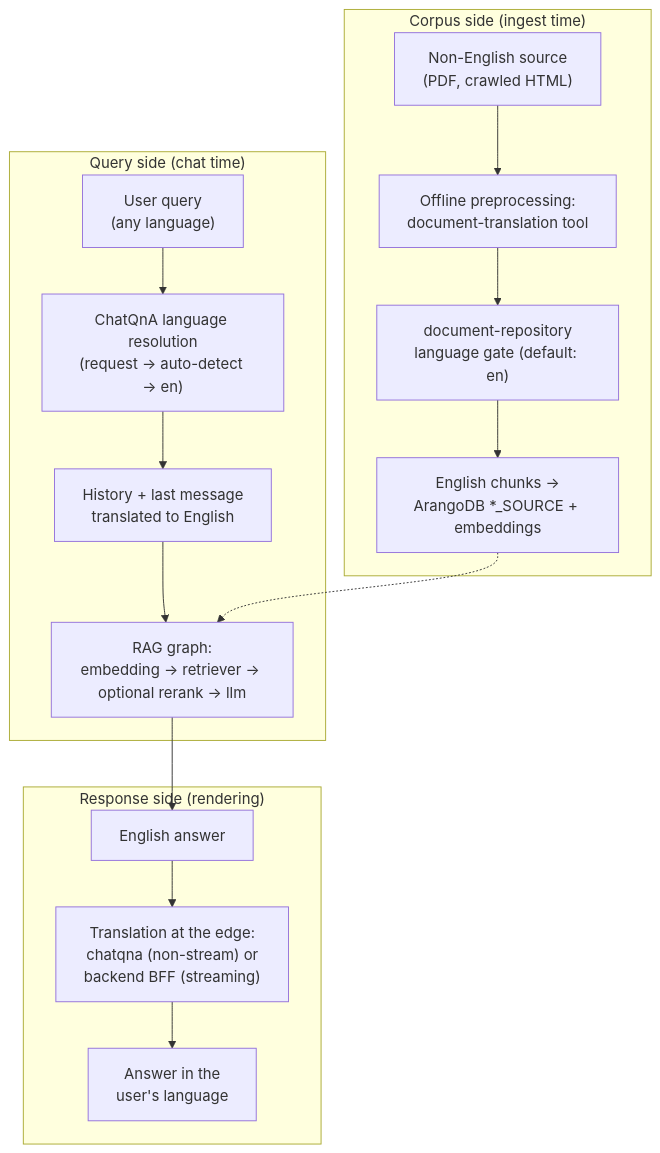
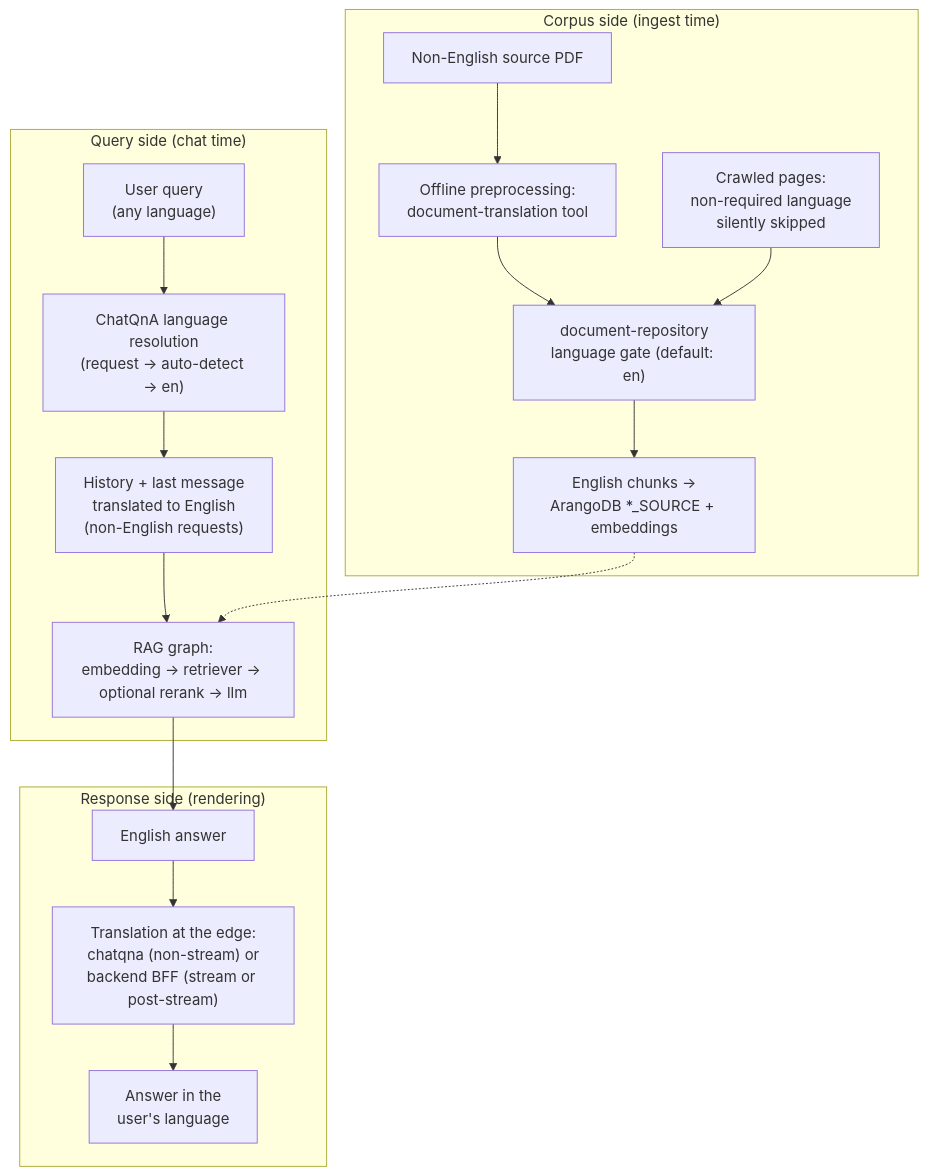
Before and after one commit to jrevillard/genie-ai-replica: the diagram in site/content/en/docs/architecture/multilingual-ssot.md, drawn with Mermaid. The commit also changed other lines of this file and 2 other files, not shown here.

````diff
--- a/site/content/en/docs/architecture/multilingual-ssot.md
+++ b/site/content/en/docs/architecture/multilingual-ssot.md
@@ -41,19 +41,20 @@
 ```mermaid
 flowchart TB
     subgraph corpus["Corpus side (ingest time)"]
-        SRC["Non-English source<br/>(PDF, crawled HTML)"] --> OFF["Offline preprocessing:<br/>document-translation tool"]
+        SRC["Non-English source PDF"] --> OFF["Offline preprocessing:<br/>document-translation tool"]
         OFF --> GATE["document-repository<br/>language gate (default: en)"]
+        CRAWL["Crawled pages:<br/>non-required language<br/>silently skipped"] --> GATE
         GATE --> CHUNKS["English chunks →<br/>ArangoDB *_SOURCE + embeddings"]
     end
     subgraph query["Query side (chat time)"]
         Q["User query<br/>(any language)"] --> RESOLVE["ChatQnA language resolution<br/>(request → auto-detect → en)"]
-        RESOLVE --> NORM["History + last message<br/>translated to English"]
+        RESOLVE --> NORM["History + last message<br/>translated to English<br/>(non-English requests)"]
         NORM --> GRAPH["RAG graph:<br/>embedding → retriever → optional rerank → llm"]
     end
     subgraph response["Response side (rendering)"]
-        ANSWER["English answer"] --> BACK["Translation at the edge:<br/>chatqna (non-stream) or<br/>backend BFF (streaming)"]
+        ANSWER["English answer"] --> BACK["Translation at the edge:<br/>chatqna (non-stream) or<br/>backend BFF (stream or post-stream)"]
         BACK --> USER["Answer in the<br/>user's language"]
     end
     CHUNKS -.-> GRAPH
     GRAPH --> ANSWER
 ```
````
